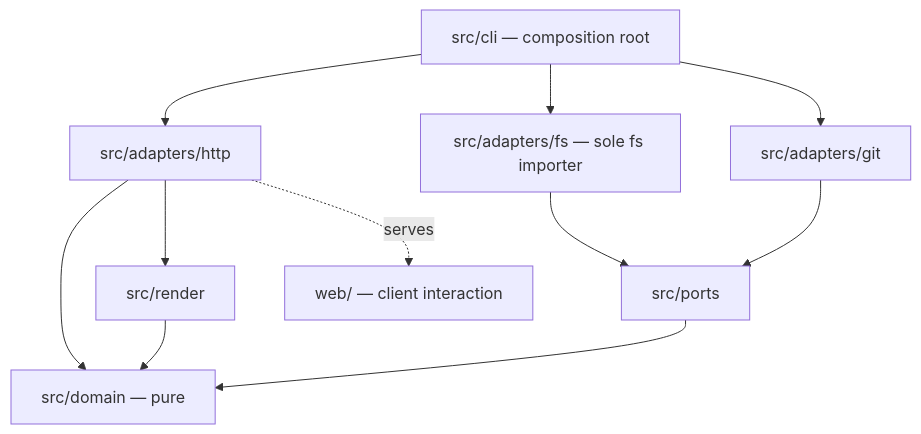
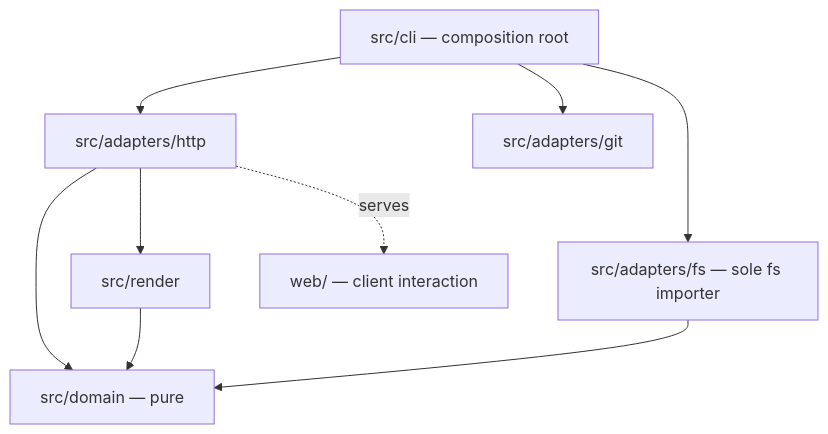
Before and after one commit to majjie/bmad-dash: the first of 2 diagrams in _bmad-output/planning-artifacts/architecture/architecture-bmad-2026-08-28/ARCHITECTURE-SPINE.md, drawn with Mermaid. The commit also changed other lines of this file and 4 other files, not shown here.

````diff
--- a/_bmad-output/planning-artifacts/architecture/architecture-bmad-2026-08-28/ARCHITECTURE-SPINE.md
+++ b/_bmad-output/planning-artifacts/architecture/architecture-bmad-2026-08-28/ARCHITECTURE-SPINE.md
@@ -38,22 +37,19 @@
 ```mermaid
 graph TD
   CLI["src/cli — composition root"]
   HTTP["src/adapters/http"]
   RENDER["src/render"]
   DOMAIN["src/domain — pure"]
-  PORTS["src/ports"]
   FS["src/adapters/fs — sole fs importer"]
   GIT["src/adapters/git"]
   WEB["web/ — client interaction"]
 
   CLI --> HTTP
   CLI --> FS
   CLI --> GIT
   HTTP --> RENDER
   HTTP --> DOMAIN
   RENDER --> DOMAIN
-  FS --> PORTS
-  GIT --> PORTS
-  PORTS --> DOMAIN
+  FS --> DOMAIN
   HTTP -. serves .-> WEB
 ```
````
